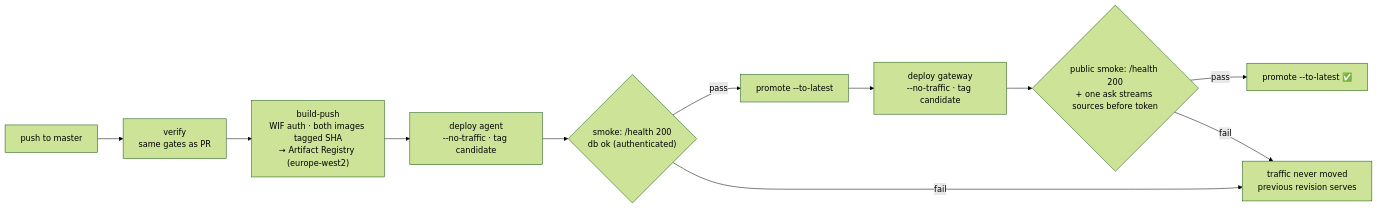
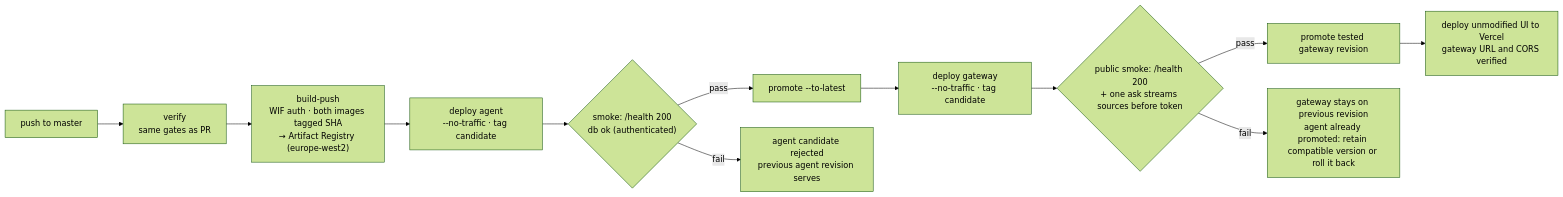
One commit to Bhardwaj-Saurabh/LUMINA changed the ninth of 9 diagrams in ARCHITECTURE.md. Above: the diagram before and after it, drawn with Mermaid (forest theme). The commit also changed other lines of this file and 1 other file, not shown here.

Commit message:
Harden architecture doc after review: Vercel-submitted UI, durable admission/finalization, evidence workflow; sync CLAUDE.md

````diff
--- a/ARCHITECTURE.md
+++ b/ARCHITECTURE.md
@@ -692,13 +902,14 @@
 ```mermaid
 flowchart LR
     PUSH["push to master"] --> V["verify<br/>same gates as PR"]
     V --> BP["build-push<br/>WIF auth · both images tagged SHA<br/>→ Artifact Registry (europe-west2)"]
     BP --> DA["deploy agent<br/>--no-traffic · tag candidate"]
     DA --> SA{"smoke: /health 200<br/>db ok (authenticated)"}
     SA -- "pass" --> PA["promote --to-latest"]
-    SA -- "fail" --> RB["traffic never moved<br/>previous revision serves"]
+   SA -- "fail" --> RA["agent candidate rejected<br/>previous agent revision serves"]
     PA --> DG["deploy gateway<br/>--no-traffic · tag candidate"]
     DG --> SG{"public smoke: /health 200<br/>+ one ask streams sources before token"}
-    SG -- "pass" --> PG["promote --to-latest ✅"]
-    SG -- "fail" --> RB
+   SG -- "pass" --> PG["promote tested gateway revision"]
+   SG -- "fail" --> RG["gateway stays on previous revision<br/>agent already promoted: retain compatible version or roll it back"]
+   PG --> UI["deploy unmodified UI to Vercel<br/>gateway URL and CORS verified"]
 ```
````
